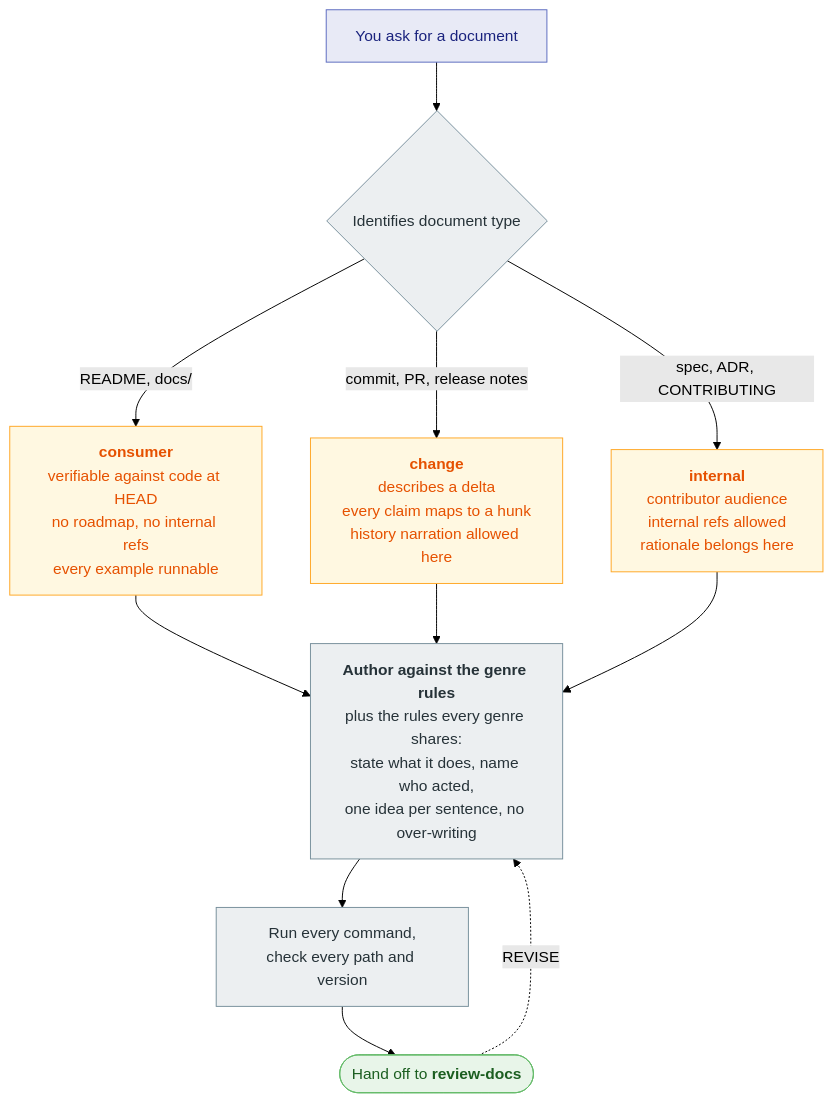
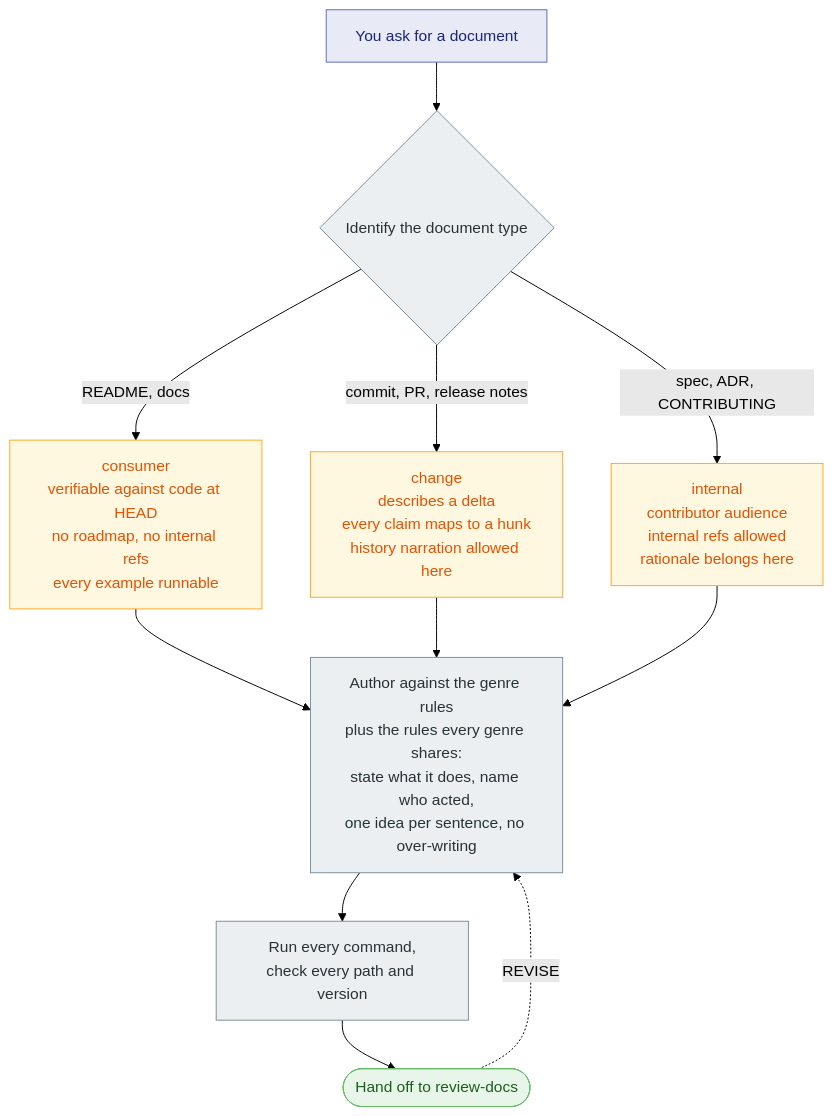
Before and after one commit to srobroek/slopvac: the first of 3 diagrams in README.md, drawn with Mermaid (forest theme). The commit also changed other lines of this file, not shown here.

````diff
--- a/README.md
+++ b/README.md
@@ -81,31 +74,31 @@
 ```mermaid
 flowchart TD
     ASK["You ask for a document"]
+    CLASS{"Identify the document type"}
+    CONS["consumer<br/>verifiable against code at HEAD<br/>no roadmap, no internal refs<br/>every example runnable"]
+    CHG["change<br/>describes a delta<br/>every claim maps to a hunk<br/>history narration allowed here"]
+    INT["internal<br/>contributor audience<br/>internal refs allowed<br/>rationale belongs here"]
+    AUTHOR["Author against the genre rules<br/>plus the rules every genre shares:<br/>state what it does, name who acted,<br/>one idea per sentence, no over-writing"]
+    VERIFY["Run every command,<br/>check every path and version"]
+    HANDOFF(["Hand off to review-docs"])
 
-    ASK --> CLASS{"Identifies document type"}
-
-    CLASS -->|"README, docs/"| CONS["<b>consumer</b><br/>verifiable against code at HEAD<br/>no roadmap, no internal refs<br/>every example runnable"]
-    CLASS -->|"commit, PR, release notes"| CHG["<b>change</b><br/>describes a delta<br/>every claim maps to a hunk<br/>history narration allowed here"]
-    CLASS -->|"spec, ADR, CONTRIBUTING"| INT["<b>internal</b><br/>contributor audience<br/>internal refs allowed<br/>rationale belongs here"]
-
+    ASK --> CLASS
+    CLASS -->|"README, docs"| CONS
+    CLASS -->|"commit, PR, release notes"| CHG
+    CLASS -->|"spec, ADR, CONTRIBUTING"| INT
     CONS --> AUTHOR
     CHG --> AUTHOR
     INT --> AUTHOR
-
-    AUTHOR["<b>Author against the genre rules</b><br/>plus the rules every genre shares:<br/>state what it does, name who acted,<br/>one idea per sentence, no over-writing"]
-
-    AUTHOR --> VERIFY["Run every command,<br/>check every path and version"]
-    VERIFY --> HANDOFF(["Hand off to <b>review-docs</b>"])
-
+    AUTHOR --> VERIFY
+    VERIFY --> HANDOFF
     HANDOFF -.->|REVISE| AUTHOR
 
     classDef you fill:#e8eaf6,stroke:#5c6bc0,color:#1a237e
     classDef genre fill:#fff8e1,stroke:#ffa726,color:#e65100
     classDef work fill:#eceff1,stroke:#78909c,color:#263238
     classDef out fill:#e8f5e9,stroke:#66bb6a,color:#1b5e20
-
     class ASK you
     class CONS,CHG,INT genre
     class AUTHOR,VERIFY,CLASS work
     class HANDOFF out
 ```
````
